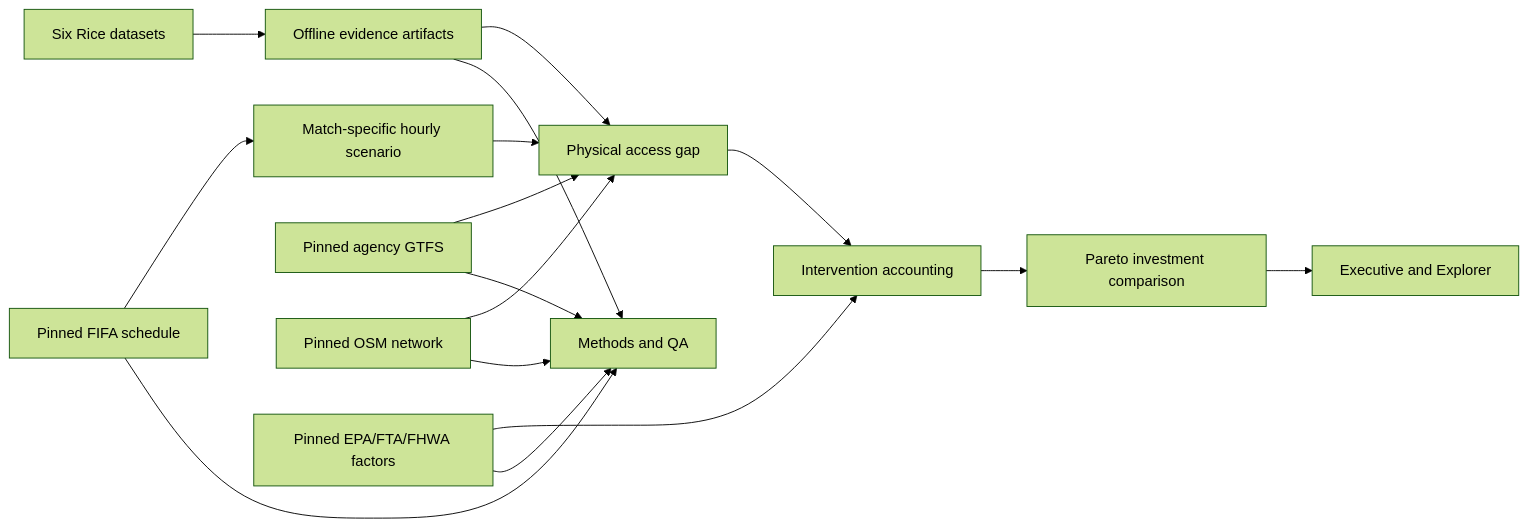
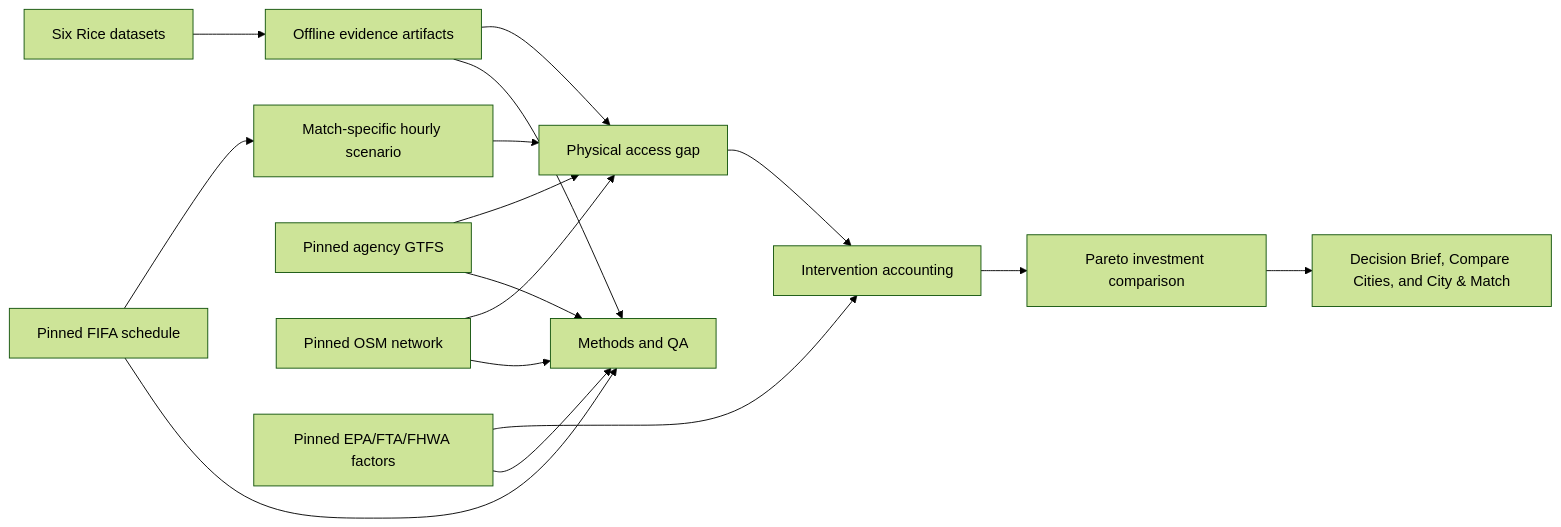
Before and after one commit to Wei-Ping-Lam/mobility-platform: the diagram in docs/METHODOLOGY.md, drawn with Mermaid (forest theme). The commit also changed other lines of this file and 8 other files, not shown here.

````diff
--- a/docs/METHODOLOGY.md
+++ b/docs/METHODOLOGY.md
@@ -15,18 +15,18 @@
 ```mermaid
 flowchart LR
   R[Six Rice datasets] --> E[Offline evidence artifacts]
   F[Pinned FIFA schedule] --> M[Match-specific hourly scenario]
   G[Pinned agency GTFS] --> A[Physical access gap]
   O[Pinned OSM network] --> A
   E --> A
   M --> A
   X[Pinned EPA/FTA/FHWA factors] --> I[Intervention accounting]
   A --> I
   I --> P[Pareto investment comparison]
   E --> Q[Methods and QA]
   F --> Q
   G --> Q
   O --> Q
   X --> Q
-  P --> U[Executive and Explorer]
+  P --> U[Decision Brief, Compare Cities, and City & Match]
 ```
````
